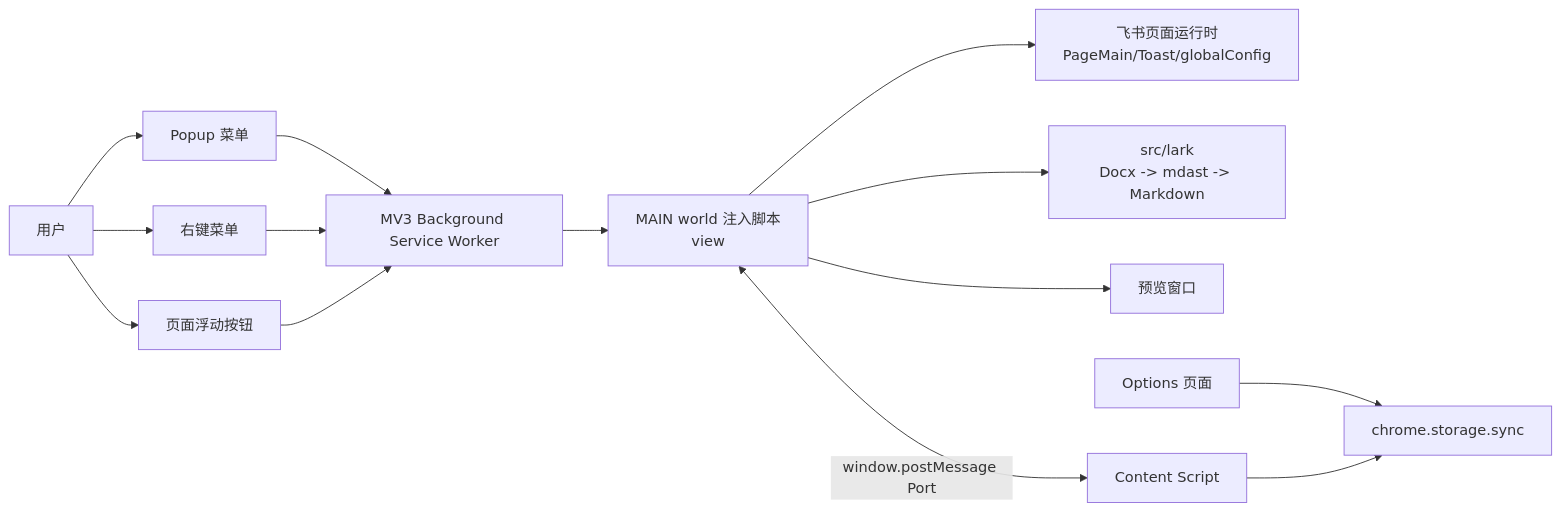
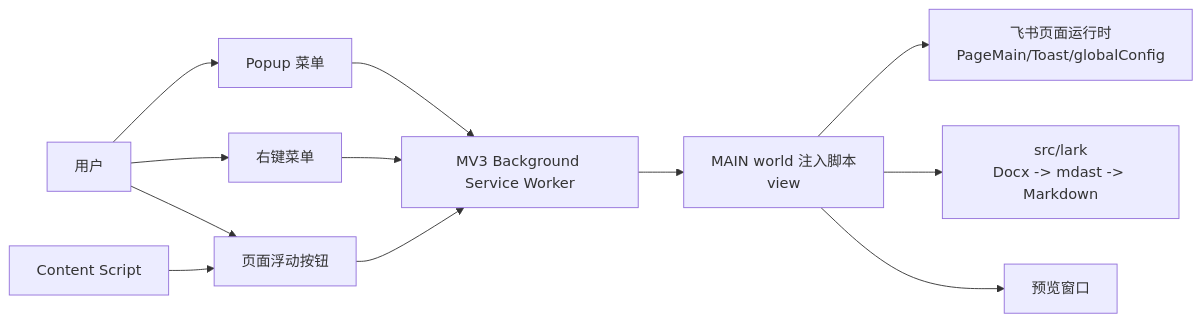
Before and after one commit to zhangpengfei-xyz/cloud-document-converter: the first of 3 diagrams in docs/architecture-design.md, drawn with Mermaid. The commit also changed other lines of this file and 133 other files, not shown here.

````diff
--- a/docs/architecture-design.md
+++ b/docs/architecture-design.md
@@ -33,19 +33,16 @@
 ```mermaid
 flowchart LR
   User["用户"] --> Popup["Popup 菜单"]
   User --> ContextMenu["右键菜单"]
   User --> FloatingButtons["页面浮动按钮"]
 
   Popup --> Background["MV3 Background Service Worker"]
   ContextMenu --> Background
   FloatingButtons --> Background
 
   Background --> InjectedScripts["MAIN world 注入脚本<br/>view"]
   InjectedScripts --> LarkRuntime["飞书页面运行时<br/>PageMain/Toast/globalConfig"]
   InjectedScripts --> LarkModule["src/lark<br/>Docx -> mdast -> Markdown"]
   InjectedScripts --> Output["预览窗口"]
-
-  Options["Options 页面"] --> Storage["chrome.storage.sync"]
-  InjectedScripts <-->|window.postMessage Port| Content["Content Script"]
-  Content --> Storage
+  Content["Content Script"] --> FloatingButtons
 ```
````
